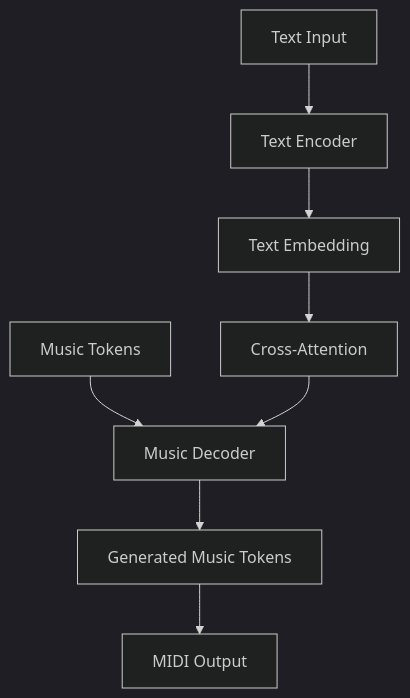
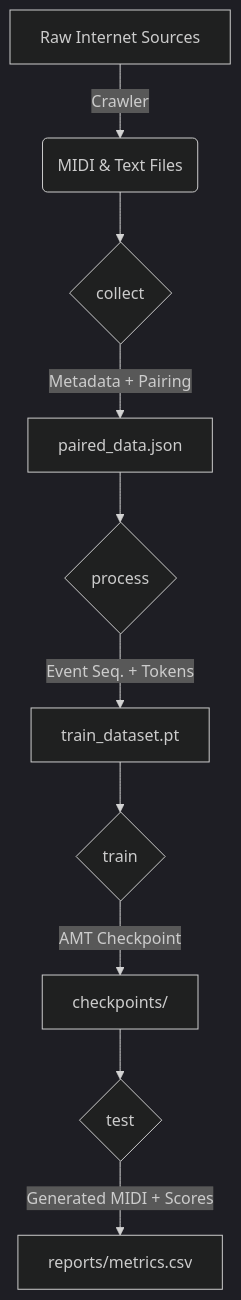
The first of 2 diagrams in docs/00_COMPREHENSIVE_PROJECT_REPORT.md (Baottq-dev/Hierarchical_Music_Transformer), drawn with Mermaid (dark theme) before and after one commit. The commit also changed other lines of this file and 11 other files, not shown here.

````diff
--- a/docs/00_COMPREHENSIVE_PROJECT_REPORT.md
+++ b/docs/00_COMPREHENSIVE_PROJECT_REPORT.md
@@ -182,10 +24,12 @@
 ```mermaid
-graph TB
-    A[Text Input] --> B[Text Encoder]
-    B --> C[Text Embedding]
-    C --> D[Cross-Attention]
-    E[Music Tokens] --> F[Music Decoder]
-    D --> F
-    F --> G[Generated Music Tokens]
-    G --> H[MIDI Output]
+graph TD
+  A[Raw Internet Sources] -->|Crawler| B(MIDI & Text Files)
+  B --> C{collect}
+  C -->|Metadata + Pairing| D[paired_data.json]
+  D --> E{process}
+  E -->|Event Seq. + Tokens| F[train_dataset.pt]
+  F --> G{train}
+  G -->|AMT Checkpoint| H[checkpoints/]
+  H --> I{test}
+  I -->|Generated MIDI + Scores| J[reports/metrics.csv]
 ```
````
